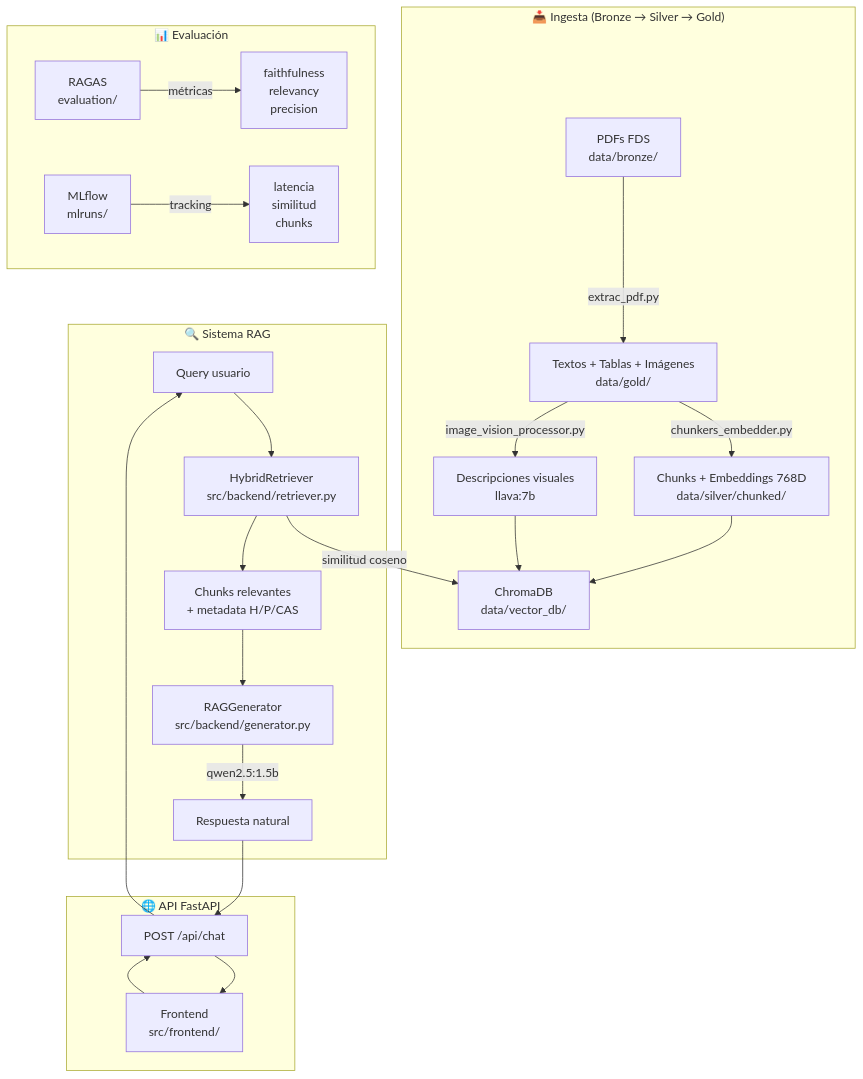
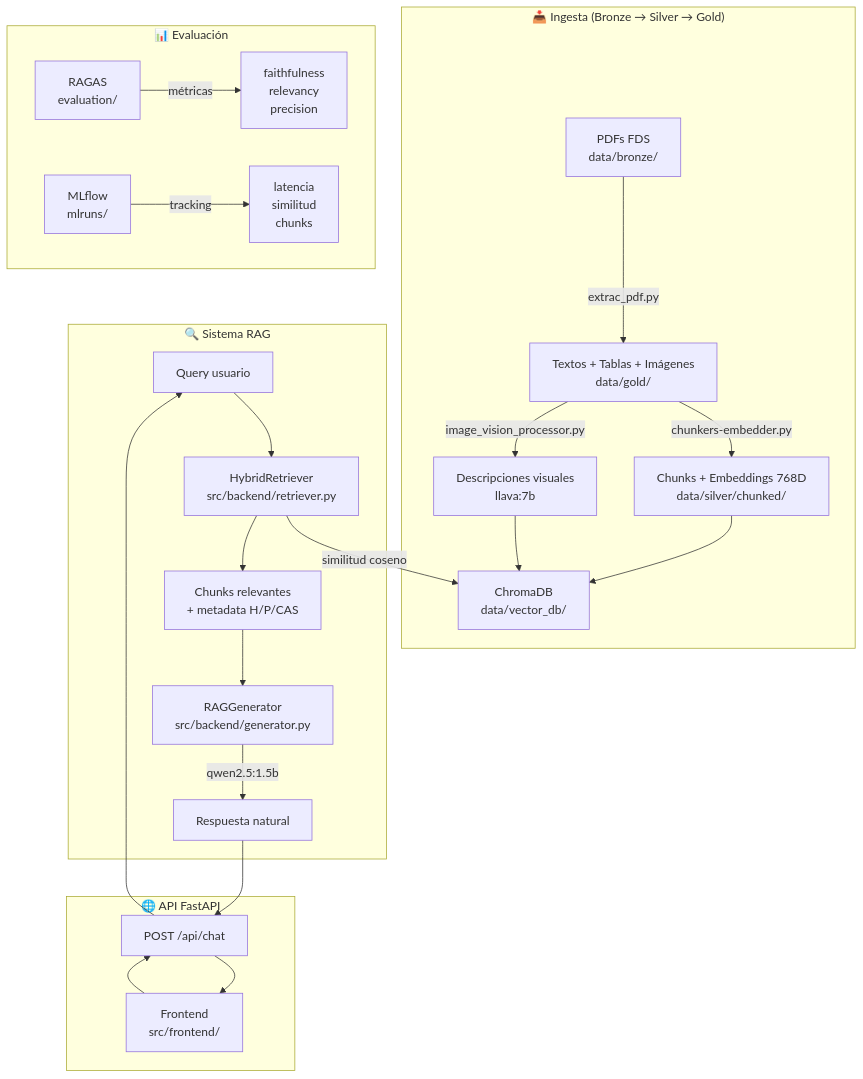
One commit to so-fivs/RAG changed the first of 4 diagrams in README.md. Above: the diagram before and after it, drawn with Mermaid. The commit also changed other lines of this file and 8 other files, not shown here.

First line of the commit message:
Add Terraform infra for AWS lab deploy, fix chunkers-embedder filename in README

````diff
--- a/README.md
+++ b/README.md
@@ -9,30 +9,30 @@
 ```mermaid
 graph TB
     subgraph INPUT["📥 Ingesta (Bronze → Silver → Gold)"]
         A[PDFs FDS<br/>data/bronze/] -->|extrac_pdf.py| B[Textos + Tablas + Imágenes<br/>data/gold/]
-        B -->|chunkers_embedder.py| C[Chunks + Embeddings 768D<br/>data/silver/chunked/]
+        B -->|chunkers-embedder.py| C[Chunks + Embeddings 768D<br/>data/silver/chunked/]
         B -->|image_vision_processor.py| D[Descripciones visuales<br/>llava:7b]
         C --> E[ChromaDB<br/>data/vector_db/]
         D --> E
     end
 
     subgraph RAG["🔍 Sistema RAG"]
         F[Query usuario] --> G[HybridRetriever<br/>src/backend/retriever.py]
         G -->|similitud coseno| E
         G --> H[Chunks relevantes<br/>+ metadata H/P/CAS]
         H --> I[RAGGenerator<br/>src/backend/generator.py]
         I -->|qwen2.5:1.5b| J[Respuesta natural]
     end
 
     subgraph API["🌐 API FastAPI"]
         K[Frontend<br/>src/frontend/] --> L[POST /api/chat]
         L --> F
         J --> L
         L --> K
     end
 
     subgraph EVAL["📊 Evaluación"]
         M[RAGAS<br/>evaluation/] -->|métricas| N[faithfulness<br/>relevancy<br/>precision]
         O[MLflow<br/>mlruns/] -->|tracking| P[latencia<br/>similitud<br/>chunks]
     end
 ```
````
